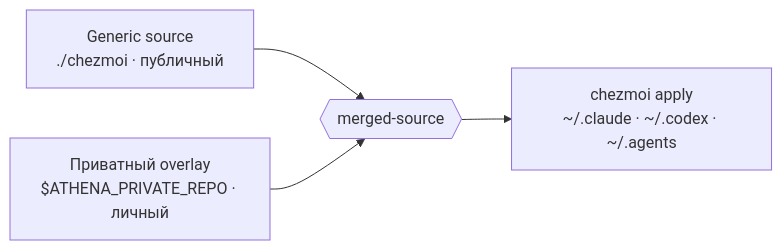
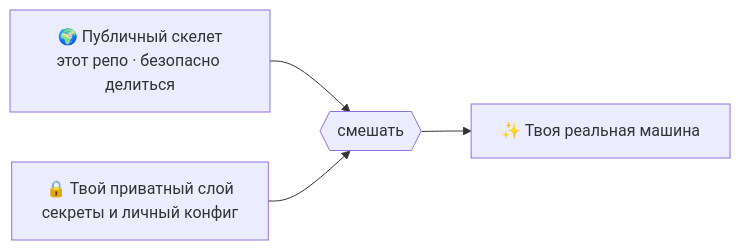
One commit to zarubinphil/athena changed the fourth of 5 diagrams in README.ru.md. Above: the diagram before and after it, drawn with Mermaid. The commit also changed other lines of this file and 7 other files, not shown here.

````diff
--- a/README.ru.md
+++ b/README.ru.md
@@ -122,6 +146,6 @@
 ```mermaid
 flowchart LR
-  G["Generic source<br/>./chezmoi · публичный"] --> M{{"merged-source"}}
-  P["Приватный overlay<br/>$ATHENA_PRIVATE_REPO · личный"] --> M
-  M --> A["chezmoi apply<br/>~/.claude · ~/.codex · ~/.agents"]
+  G["🌍 Публичный скелет<br/>этот репо · безопасно делиться"] --> M{{"смешать"}}
+  P["🔒 Твой приватный слой<br/>секреты и личный конфиг"] --> M
+  M --> A["✨ Твоя реальная машина"]
 ```
````
